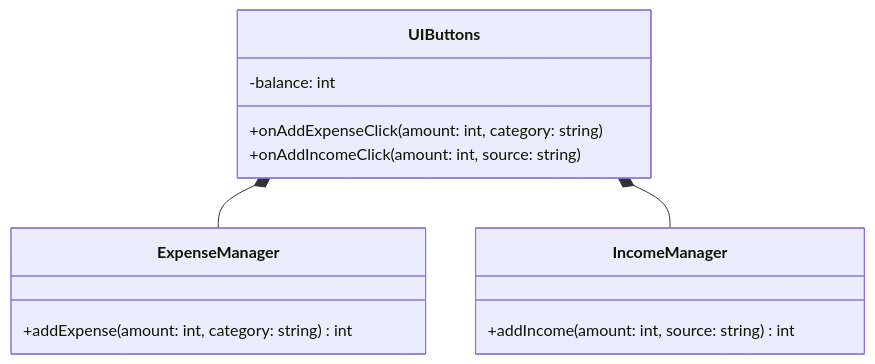
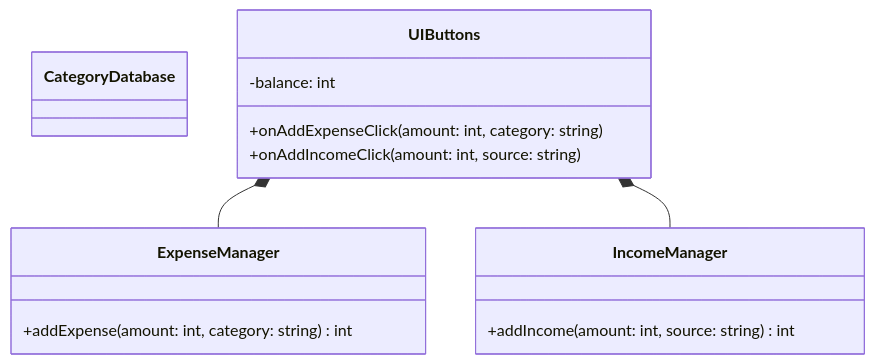
One commit to kumachan1101-pixel/DesignPattern changed the third of 14 diagrams in kindle/design-patterns/output/chapter05.md. Above: the diagram before and after it, drawn with Mermaid. The commit also changed other lines of this file and 19 other files, not shown here.

````diff
--- a/kindle/design-patterns/output/chapter05.md
+++ b/kindle/design-patterns/output/chapter05.md
@@ -142,17 +142,18 @@
 ```mermaid
 classDiagram
+    class CategoryDatabase
     class UIButtons {
         -balance: int
         +onAddExpenseClick(amount: int, category: string)
         +onAddIncomeClick(amount: int, source: string)
     }
     class ExpenseManager {
         +addExpense(amount: int, category: string) int
     }
     class IncomeManager {
         +addIncome(amount: int, source: string) int
     }
     UIButtons *-- ExpenseManager
     UIButtons *-- IncomeManager
 
 ```
````
